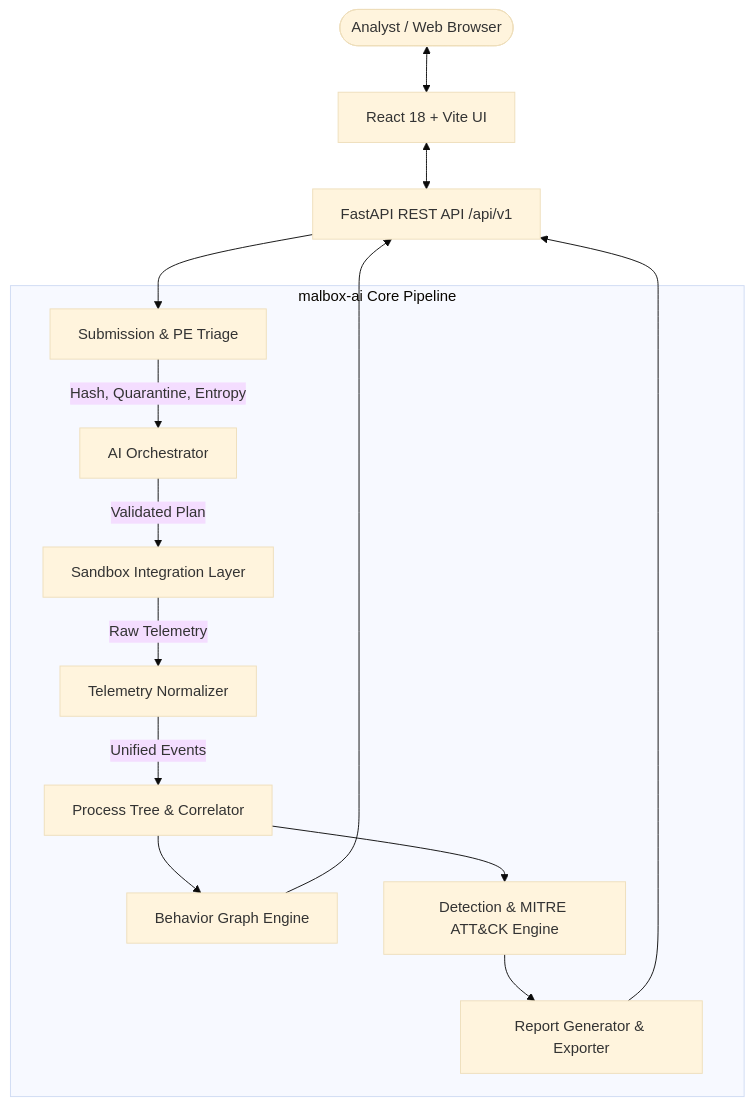
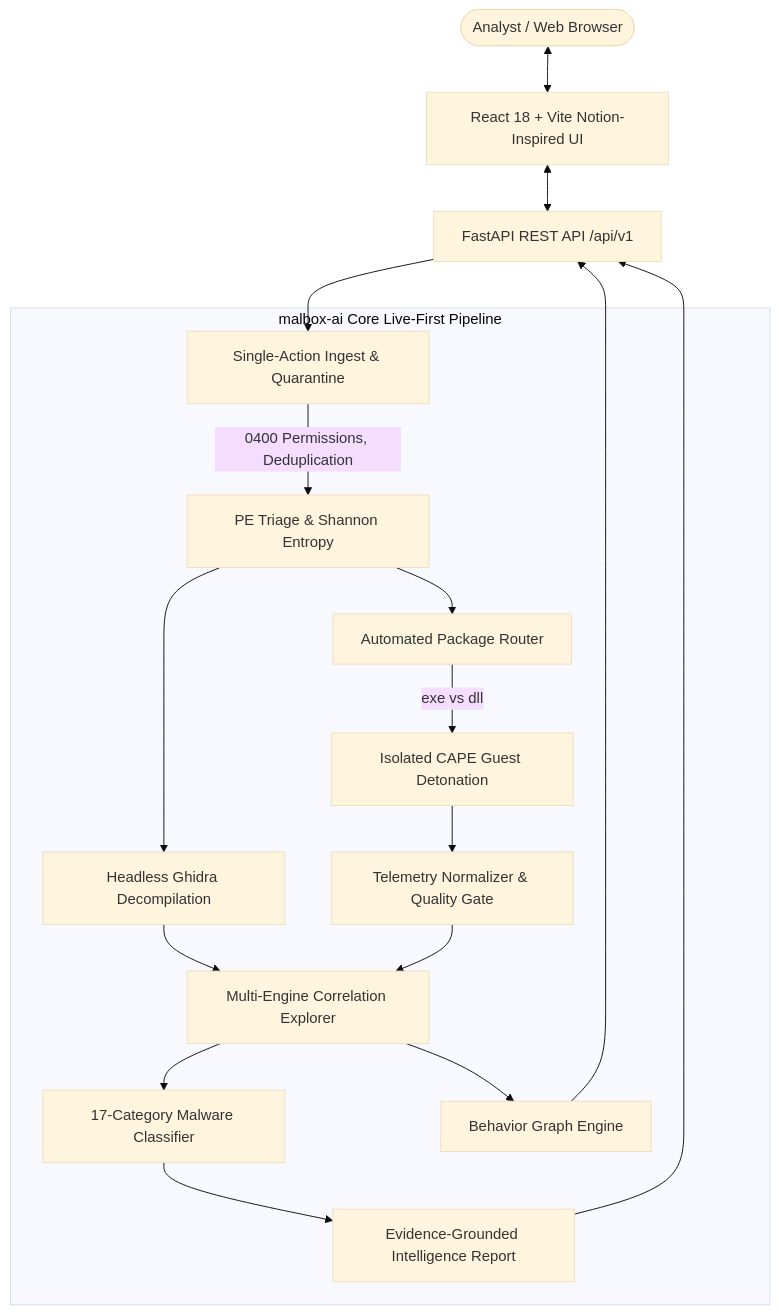
The diagram in README.md (DangGPhuc/malbox), drawn with Mermaid (base theme) before and after one commit. The commit also changed other lines of this file and 56 other files, not shown here.

Commit message:
docs: update live-first architecture, classification engine, and operational runbooks

````diff
--- a/README.md
+++ b/README.md
@@ -16,19 +16,22 @@
 ```mermaid
 flowchart TD
-    User([Analyst / Web Browser]) <--> UI[React 18 + Vite UI]
+    User([Analyst / Web Browser]) <--> UI[React 18 + Vite Notion-Inspired UI]
     UI <--> API[FastAPI REST API /api/v1]
     
-    subgraph CoreEngine ["malbox-ai Core Pipeline"]
-        Sub[Submission & PE Triage] -->|Hash, Quarantine, Entropy| Orch[AI Orchestrator]
-        Orch -->|Validated Plan| Sandbox[Sandbox Integration Layer]
-        Sandbox -->|Raw Telemetry| Norm[Telemetry Normalizer]
-        Norm -->|Unified Events| Corr[Process Tree & Correlator]
+    subgraph CoreEngine ["malbox-ai Core Live-First Pipeline"]
+        Sub[Single-Action Ingest & Quarantine] -->|0400 Permissions, Deduplication| PE[PE Triage & Shannon Entropy]
+        PE --> Static[Headless Ghidra Decompilation]
+        PE --> Router[Automated Package Router]
+        Router -->|exe vs dll| CAPE[Isolated CAPE Guest Detonation]
+        Static --> Corr[Multi-Engine Correlation Explorer]
+        CAPE --> Norm[Telemetry Normalizer & Quality Gate]
+        Norm --> Corr
+        Corr --> Class[17-Category Malware Classifier]
         Corr --> Graph[Behavior Graph Engine]
-        Corr --> Detect[Detection & MITRE ATT&CK Engine]
-        Detect --> Rep[Report Generator & Exporter]
+        Class --> Rep[Evidence-Grounded Intelligence Report]
     end
 
     API --> Sub
     Rep --> API
     Graph --> API
 ```
````
